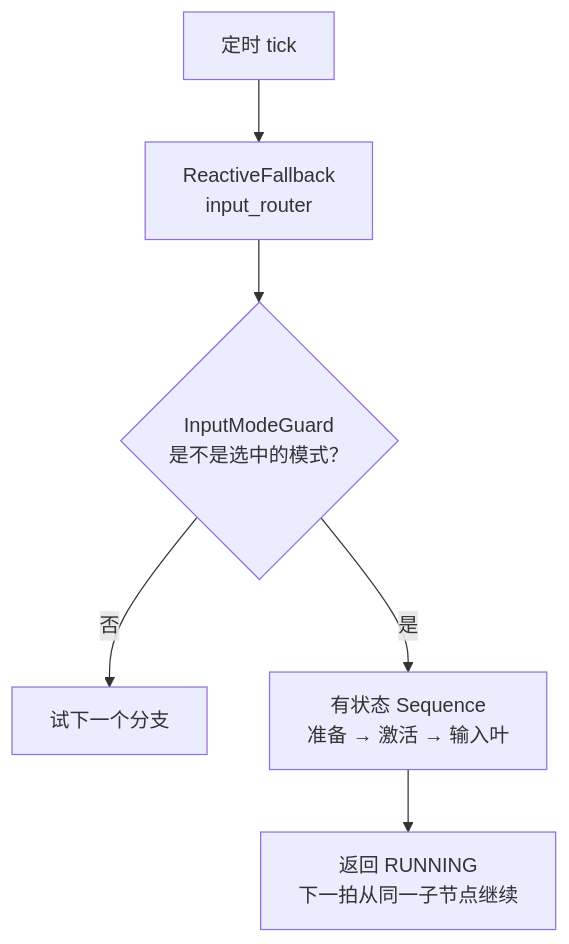
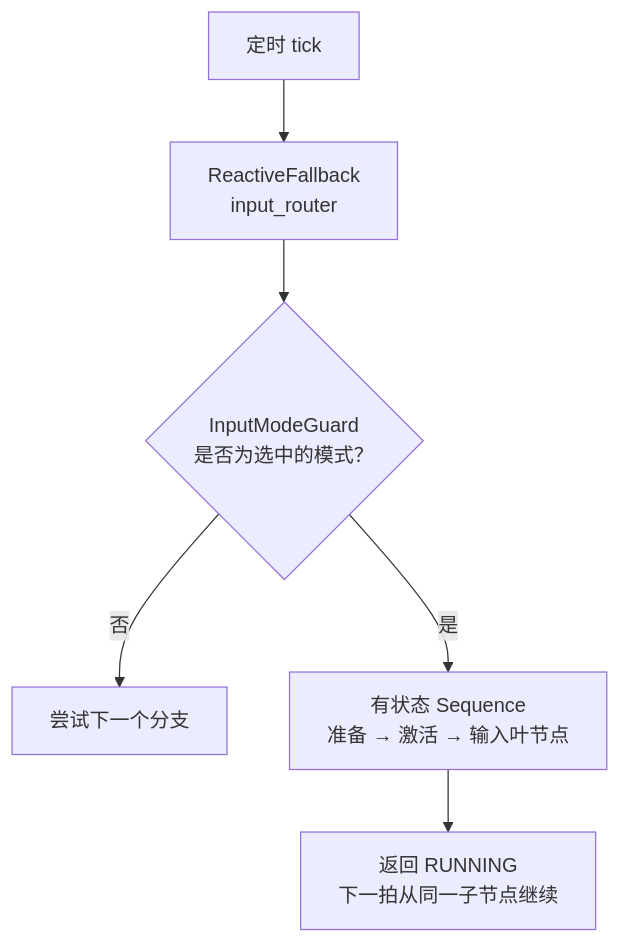
The diagram in website/docs/development/behavior-tree-nodes.md (QingTianRobot/realman_pi), drawn with Mermaid before and after one commit. The commit also changed other lines of this file and 4 other files, not shown here.

````diff
--- a/website/docs/development/behavior-tree-nodes.md
+++ b/website/docs/development/behavior-tree-nodes.md
@@ -36,8 +36,8 @@
 ```mermaid
 flowchart TB
   T["定时 tick"] --> R["ReactiveFallback<br/>input_router"]
-  R --> G{"InputModeGuard<br/>是不是选中的模式？"}
-  G -- 否 --> N["试下一个分支"]
-  G -- 是 --> E["有状态 Sequence<br/>准备 → 激活 → 输入叶"]
+  R --> G{"InputModeGuard<br/>是否为选中的模式？"}
+  G -- 否 --> N["尝试下一个分支"]
+  G -- 是 --> E["有状态 Sequence<br/>准备 → 激活 → 输入叶节点"]
   E --> S["返回 RUNNING<br/>下一拍从同一子节点继续"]
 ```
````
